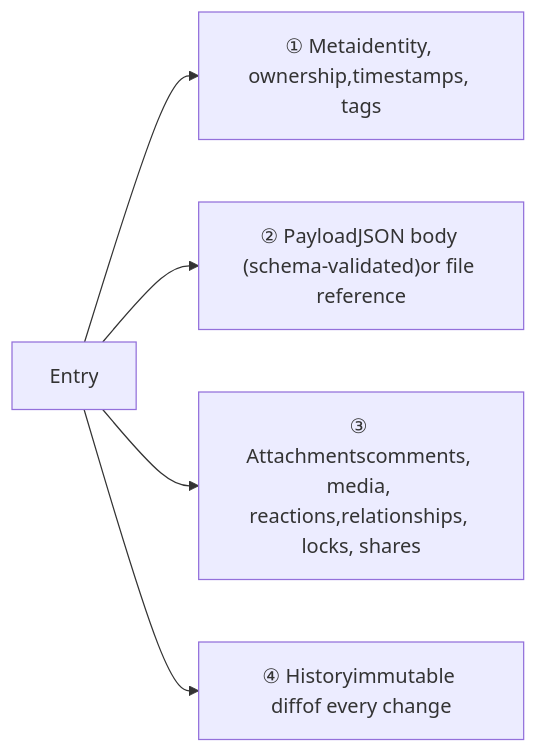
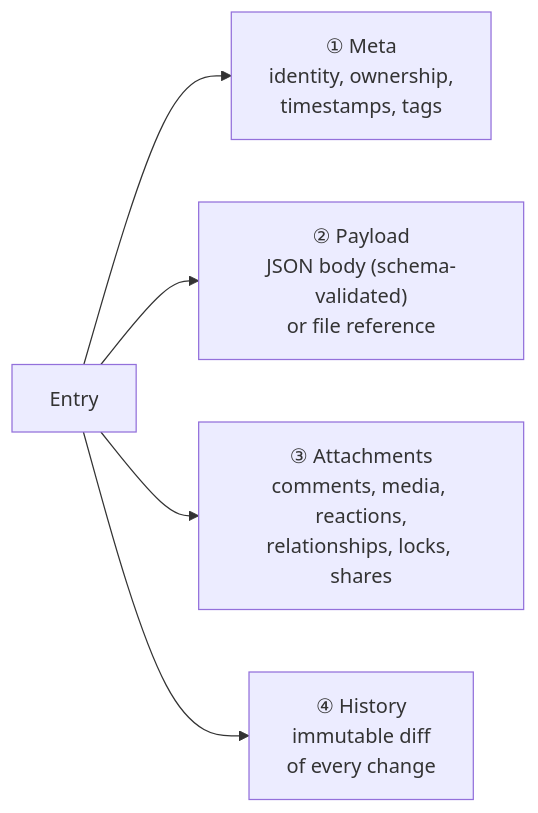
Before and after one commit to edraj/csdmart: the second of 2 diagrams in seed/spaces/website/pages/data_model.md, drawn with Mermaid. The commit also changed other lines of this file and 12 other files, not shown here.

First line of the commit message:
fix(website): keep card, diagram and code structure in the converted pages (#358)

````diff
--- a/seed/spaces/website/pages/data_model.md
+++ b/seed/spaces/website/pages/data_model.md
@@ -56,7 +62,7 @@
 ```mermaid
 graph LR
-    Entry["Entry"] --> Meta["① Metaidentity, ownership,timestamps, tags"]
-    Entry --> Payload["② PayloadJSON body (schema-validated)or file reference"]
-    Entry --> Att["③ Attachmentscomments, media, reactions,relationships, locks, shares"]
-    Entry --> Hist["④ Historyimmutable diffof every change"]
+    Entry["Entry"] --> Meta["① Meta<br/>identity, ownership,<br/>timestamps, tags"]
+    Entry --> Payload["② Payload<br/>JSON body (schema-validated)<br/>or file reference"]
+    Entry --> Att["③ Attachments<br/>comments, media, reactions,<br/>relationships, locks, shares"]
+    Entry --> Hist["④ History<br/>immutable diff<br/>of every change"]
 ```
````
